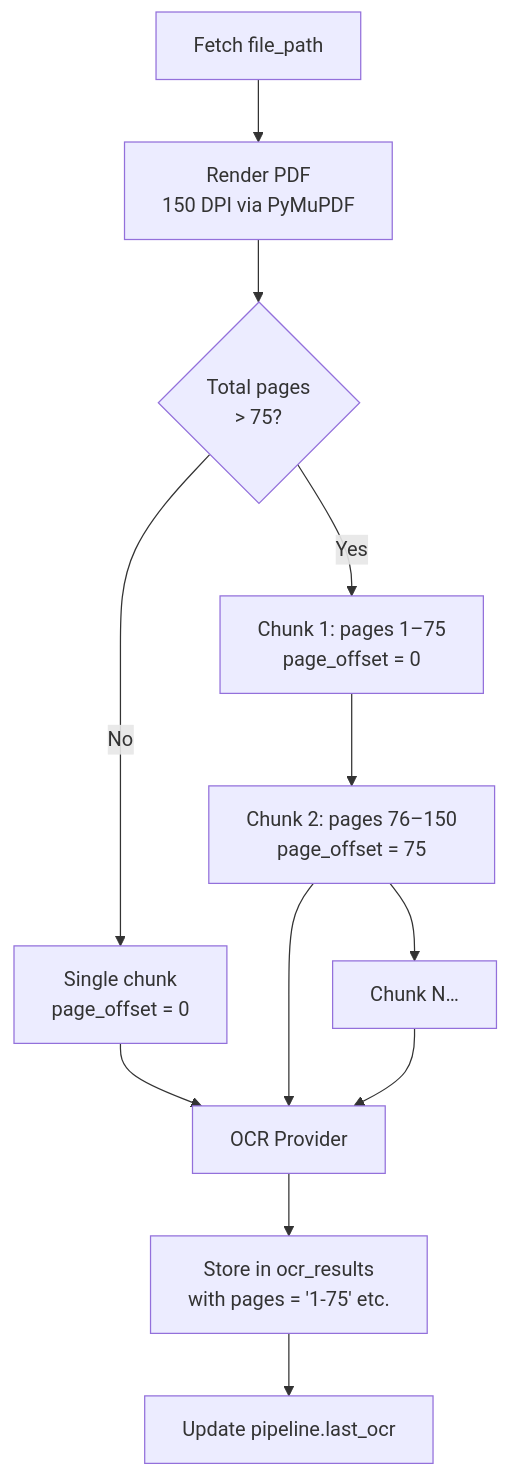
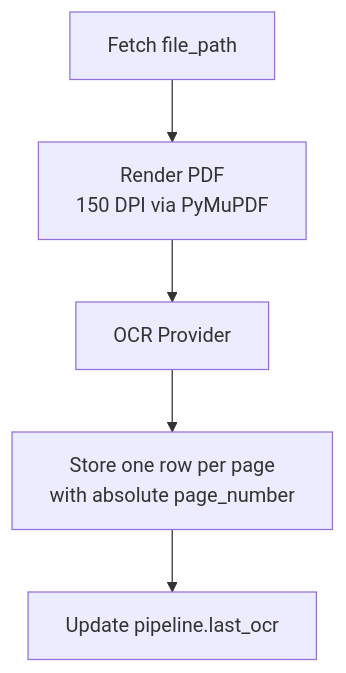
Before and after one commit to ArthurrMrv/research_ocr_pipeline: the third of 8 diagrams in README.md, drawn with Mermaid. The commit also changed other lines of this file and 41 other files, not shown here.

````diff
--- a/README.md
+++ b/README.md
@@ -55,12 +55,7 @@
 ```mermaid
 flowchart TD
     A[Fetch file_path] --> B[Render PDF\n150 DPI via PyMuPDF]
-    B --> C{Total pages\n> 75?}
-    C -- No --> D[Single chunk\npage_offset = 0]
-    C -- Yes --> E[Chunk 1: pages 1–75\npage_offset = 0]
-    E --> F[Chunk 2: pages 76–150\npage_offset = 75]
-    F --> G[Chunk N…]
-    D & F & G --> H[OCR Provider]
-    H --> I[Store in ocr_results\nwith pages = '1-75' etc.]
-    I --> J[Update pipeline.last_ocr]
+    B --> C[OCR Provider]
+    C --> D[Store one row per page\nwith absolute page_number]
+    D --> E[Update pipeline.last_ocr]
 ```
````
